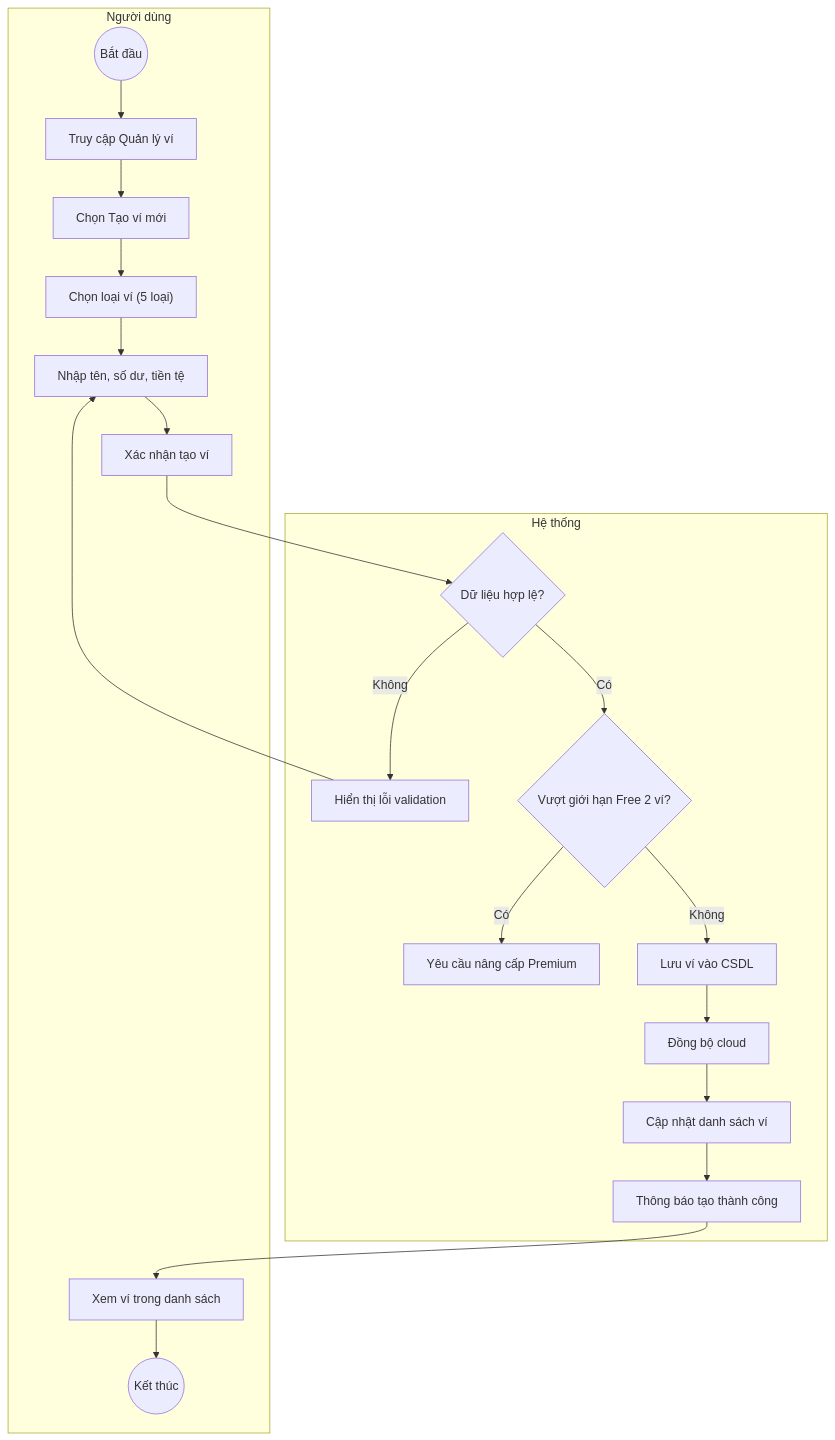
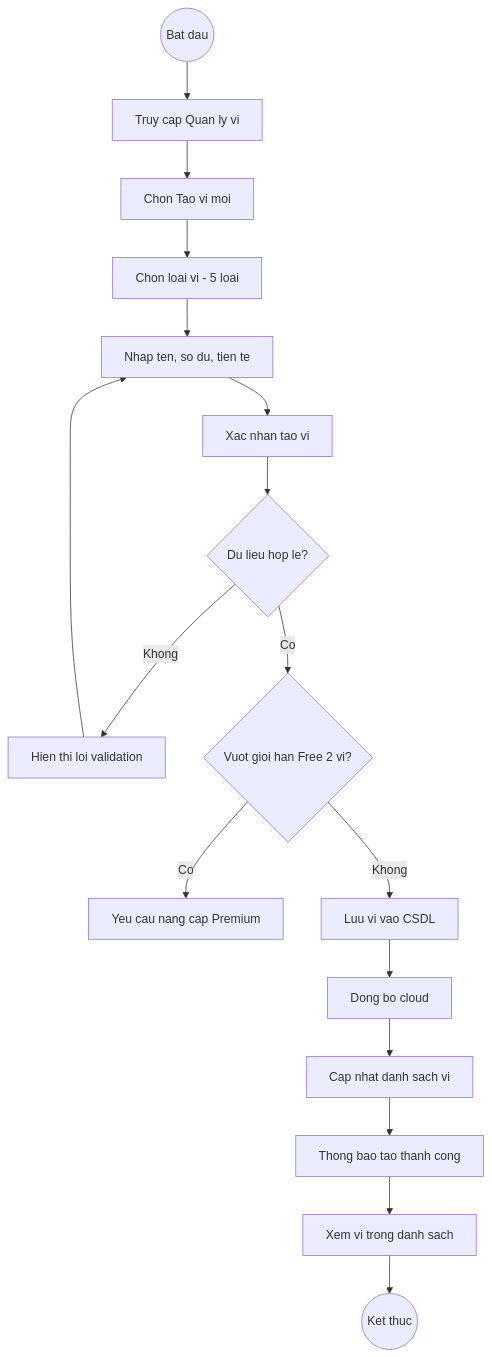
The third of 10 diagrams in Nghiên cứu MISA MoneyKeeper.md (Hieu-vn/Graduation-Thesis), drawn with Mermaid before and after one commit. The commit also changed other lines of this file, not shown here.

First line of the commit message:
fix: Rewrite all 10 mermaid diagrams for GitHub rendering

````diff
--- a/Nghiên cứu MISA MoneyKeeper.md
+++ b/Nghiên cứu MISA MoneyKeeper.md
@@ -99,22 +90,18 @@
 ```mermaid
 flowchart TD
-    subgraph "Người dùng"
-        A((Bắt đầu)) --> B[Truy cập Quản lý ví]
-        B --> C[Chọn Tạo ví mới]
-        C --> D["Chọn loại ví (5 loại)"]
-        D --> E["Nhập tên, số dư, tiền tệ"]
-        E --> F[Xác nhận tạo ví]
-        L[Xem ví trong danh sách] --> M((Kết thúc))
-    end
-    subgraph "Hệ thống"
-        F --> G{Dữ liệu hợp lệ?}
-        G -->|Không| G2[Hiển thị lỗi validation] --> E
-        G -->|Có| H{Vượt giới hạn Free 2 ví?}
-        H -->|Có| H2[Yêu cầu nâng cấp Premium]
-        H -->|Không| I[Lưu ví vào CSDL]
-        I --> J[Đồng bộ cloud]
-        J --> K[Cập nhật danh sách ví]
-        K --> K2[Thông báo tạo thành công]
-    end
-    K2 --> L
+    A((Bat dau)) --> B[Truy cap Quan ly vi]
+    B --> C[Chon Tao vi moi]
+    C --> D[Chon loai vi - 5 loai]
+    D --> E[Nhap ten, so du, tien te]
+    E --> F[Xac nhan tao vi]
+    F --> G{Du lieu hop le?}
+    G -->|Khong| G2[Hien thi loi validation] --> E
+    G -->|Co| H{Vuot gioi han Free 2 vi?}
+    H -->|Co| H2[Yeu cau nang cap Premium]
+    H -->|Khong| I[Luu vi vao CSDL]
+    I --> J[Dong bo cloud]
+    J --> K[Cap nhat danh sach vi]
+    K --> K2[Thong bao tao thanh cong]
+    K2 --> L[Xem vi trong danh sach]
+    L --> M((Ket thuc))
 ```
````
